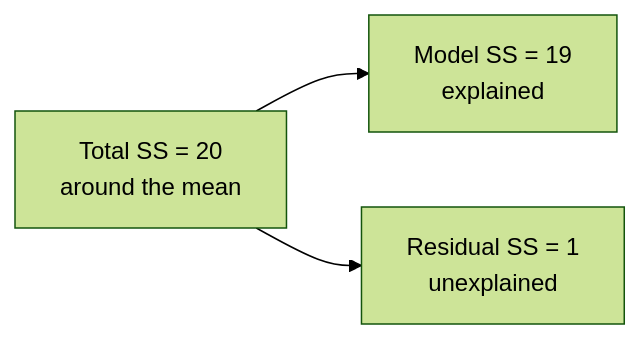
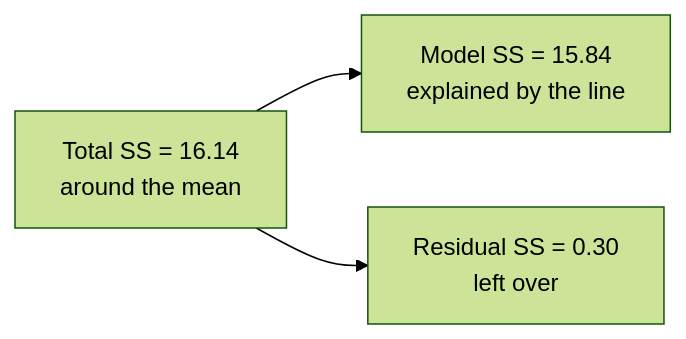
The diagram in content/03 Basics from Zero/Sum of Squares.md (Ajay221bl/ecological-modeling-wiki), drawn with Mermaid (forest theme) before and after one commit. The commit also changed other lines of this file and 51 other files, not shown here.

````diff
--- a/content/03 Basics from Zero/Sum of Squares.md
+++ b/content/03 Basics from Zero/Sum of Squares.md
@@ -45,5 +21,5 @@
 ```mermaid
 flowchart LR
-  T[Total SS = 20<br/>around the mean] --> M[Model SS = 19<br/>explained]
-  T --> R[Residual SS = 1<br/>unexplained]
+  T[Total SS = 16.14<br/>around the mean] --> M[Model SS = 15.84<br/>explained by the line]
+  T --> R[Residual SS = 0.30<br/>left over]
 ```
````
